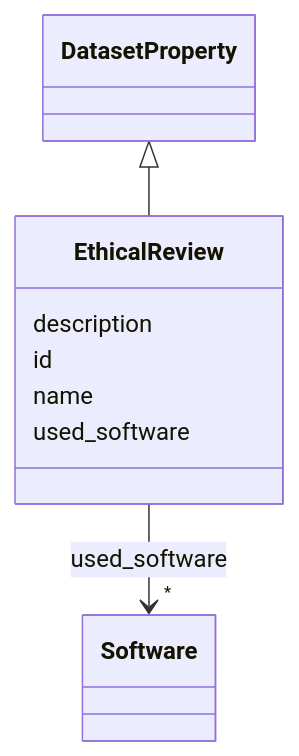
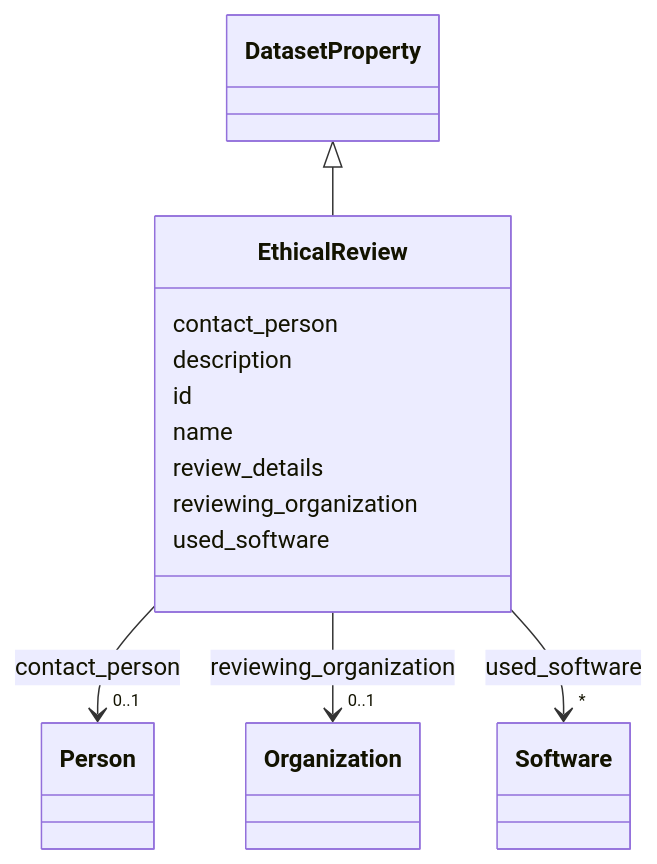
Before and after one commit to bridge2ai/data-sheets-schema: the diagram in docs/EthicalReview.md, drawn with Mermaid. The commit also changed other lines of this file and 682 other files, not shown here.

````diff
--- a/docs/EthicalReview.md
+++ b/docs/EthicalReview.md
@@ -20,26 +20,50 @@
 ```mermaid
  classDiagram
     class EthicalReview
     click EthicalReview href "../EthicalReview/"
       DatasetProperty <|-- EthicalReview
         click DatasetProperty href "../DatasetProperty/"
       
+      EthicalReview : contact_person
+        
+          
+    
+        
+        
+        EthicalReview --> "0..1" Person : contact_person
+        click Person href "../Person/"
+    
+
+        
       EthicalReview : description
         
       EthicalReview : id
         
       EthicalReview : name
+        
+      EthicalReview : review_details
+        
+      EthicalReview : reviewing_organization
+        
+          
+    
+        
+        
+        EthicalReview --> "0..1" Organization : reviewing_organization
+        click Organization href "../Organization/"
+    
+
         
       EthicalReview : used_software
         
           
     
         
         
         EthicalReview --> "*" Software : used_software
         click Software href "../Software/"
     
 
         
       
 ```
````
